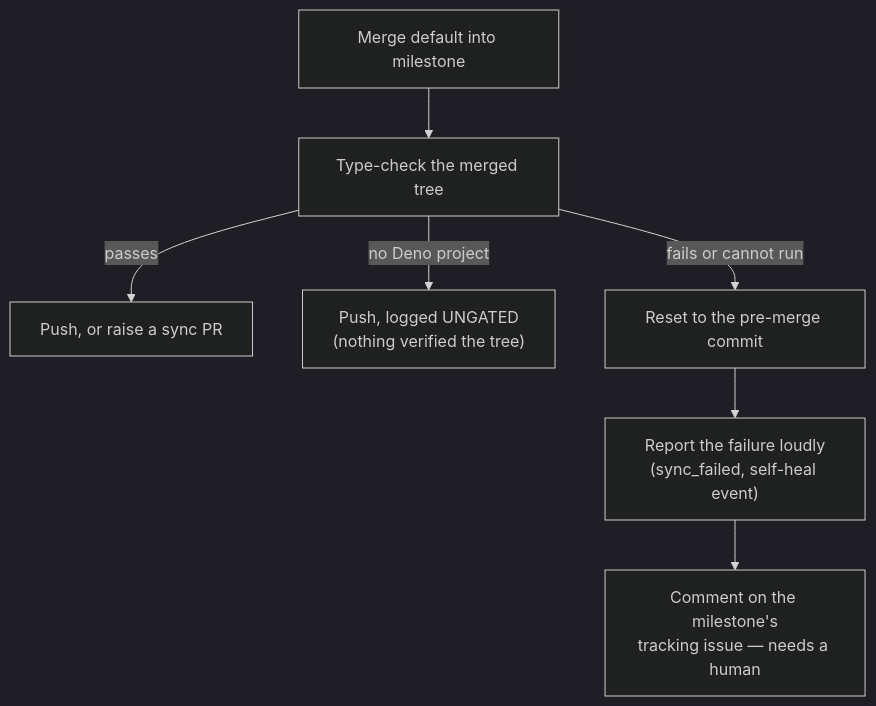
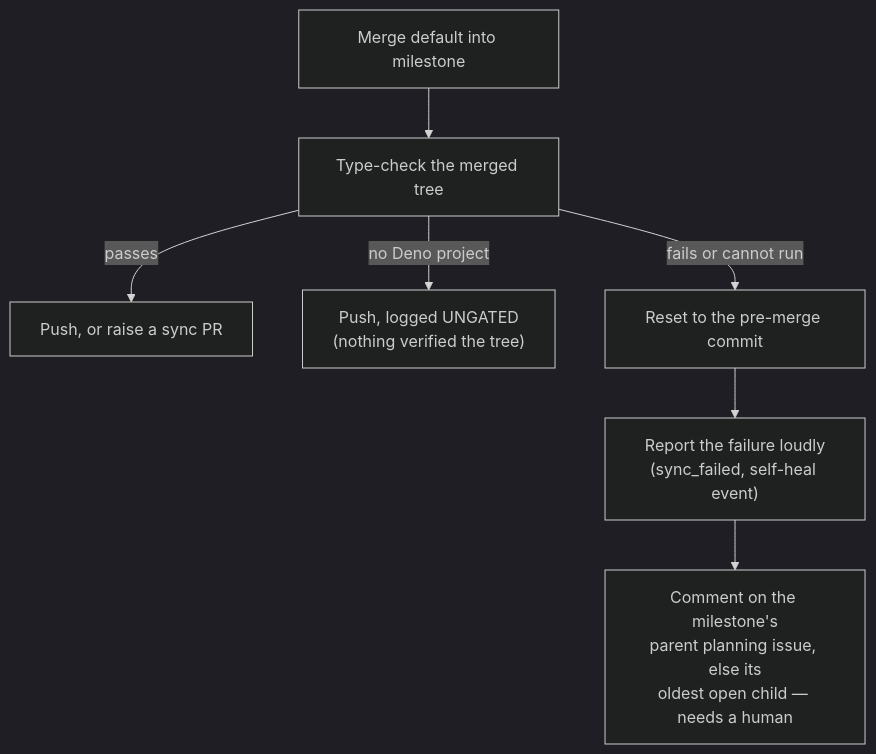
One commit to stSoftwareAU/VibeCoder changed diagram 28 of 30 in docs/INTERNALS.md. Above: the diagram before and after it, drawn with Mermaid (dark theme). The commit also changed other lines of this file and 10 other files, not shown here.

First line of the commit message:
Issue #1769: milestone escalations comment on an existing issue

````diff
--- a/docs/INTERNALS.md
+++ b/docs/INTERNALS.md
@@ -3134,9 +3154,9 @@
 ```mermaid
 flowchart TD
     A[Merge default into milestone] --> B[Type-check the merged tree]
     B -- passes --> C[Push, or raise a sync PR]
     B -- no Deno project --> D["Push, logged UNGATED<br/>(nothing verified the tree)"]
     B -- fails or cannot run --> E[Reset to the pre-merge commit]
     E --> F["Report the failure loudly<br/>(sync_failed, self-heal event)"]
-    F --> G["Comment on the milestone's<br/>tracking issue — needs a human"]
+    F --> G["Comment on the milestone's<br/>parent planning issue, else its<br/>oldest open child — needs a human"]
 ```
````
